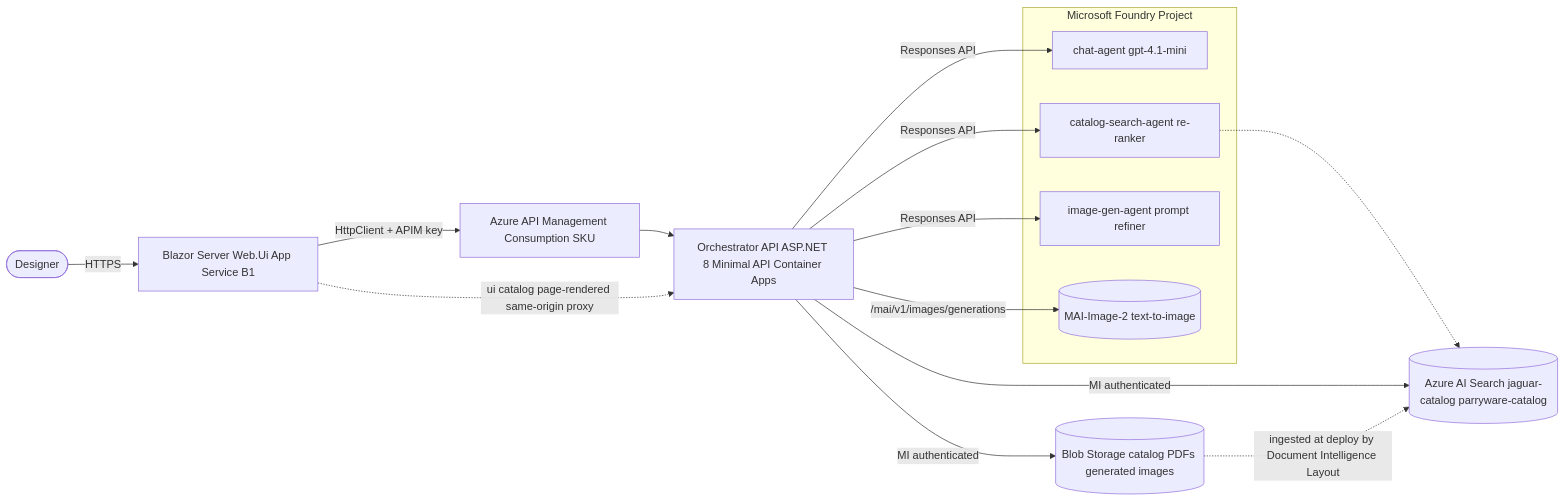
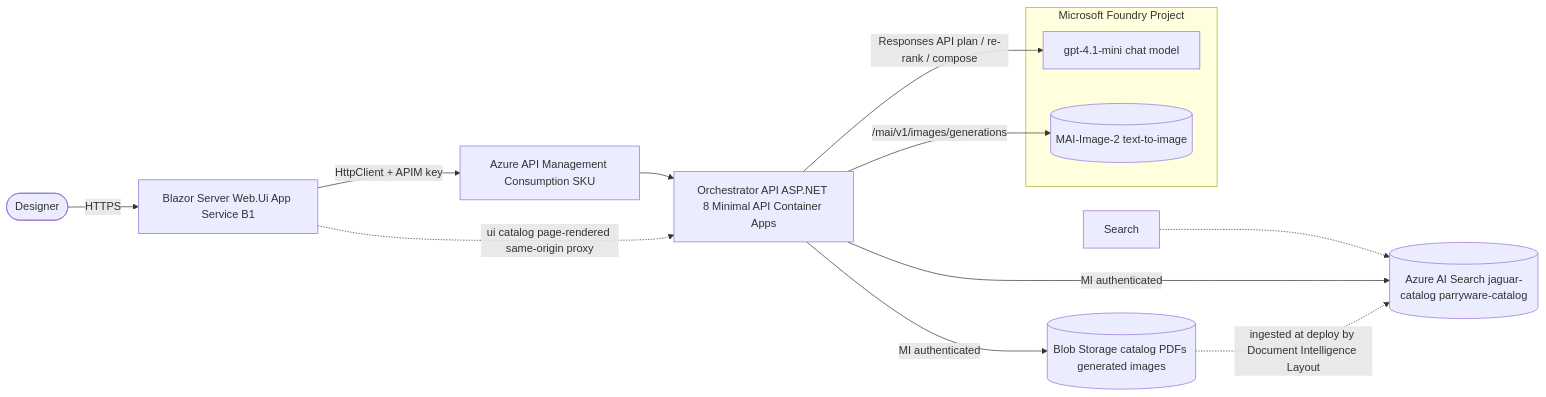
Before and after one commit to vikaspandeyazure/InteriorDesignAccelerator: the first of 2 diagrams in README.md, drawn with Mermaid. The commit also changed other lines of this file and 11 other files, not shown here.

````diff
--- a/README.md
+++ b/README.md
@@ -51,21 +51,17 @@
 ```mermaid
 flowchart LR
     User([Designer]) -->|HTTPS| WebUi[Blazor Server Web.Ui App Service B1]
     WebUi -->|HttpClient + APIM key| APIM[Azure API Management Consumption SKU]
     APIM --> Orch[Orchestrator API ASP.NET 8 Minimal API Container Apps]
     subgraph Foundry["Microsoft Foundry Project"]
-        Chat[chat-agent gpt-4.1-mini]
-        Search[catalog-search-agent re-ranker]
-        ImgGen[image-gen-agent prompt refiner]
+        Chat[gpt-4.1-mini chat model]
         MAI[(MAI-Image-2 text-to-image)]
     end
-    Orch -->|Responses API| Chat
-    Orch -->|Responses API| Search
-    Orch -->|Responses API| ImgGen
+    Orch -->|Responses API plan / re-rank / compose| Chat
     Orch -->|/mai/v1/images/generations| MAI
     Search -.-> AISearch[(Azure AI Search jaguar-catalog parryware-catalog)]
     Orch -->|MI authenticated| AISearch
     Orch -->|MI authenticated| Blob[(Blob Storage catalog PDFs generated images)]
     Blob -. "ingested at deploy by Document Intelligence Layout" .-> AISearch
     WebUi -. "ui catalog page-rendered same-origin proxy" .-> Orch
 ```
````
